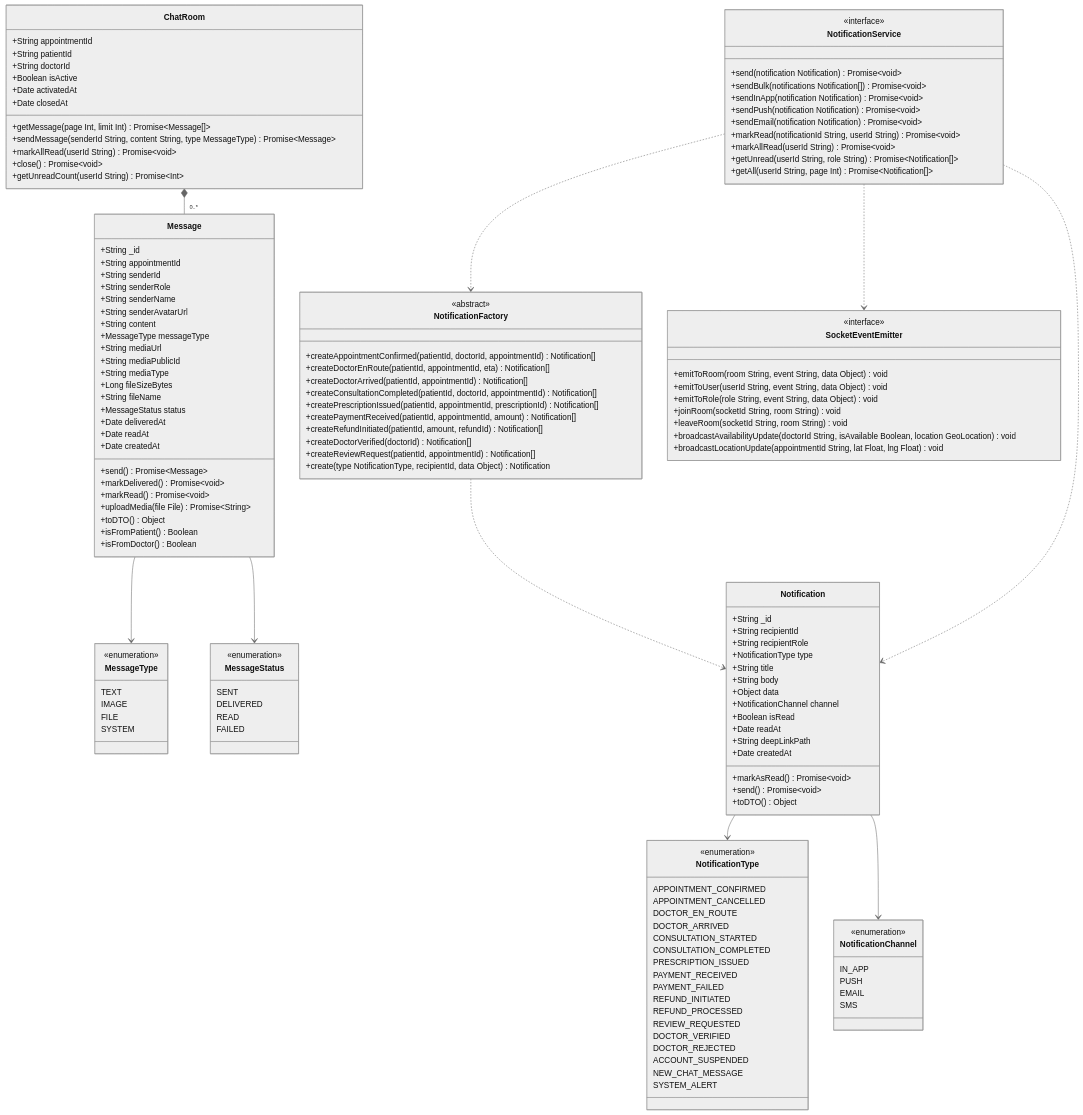
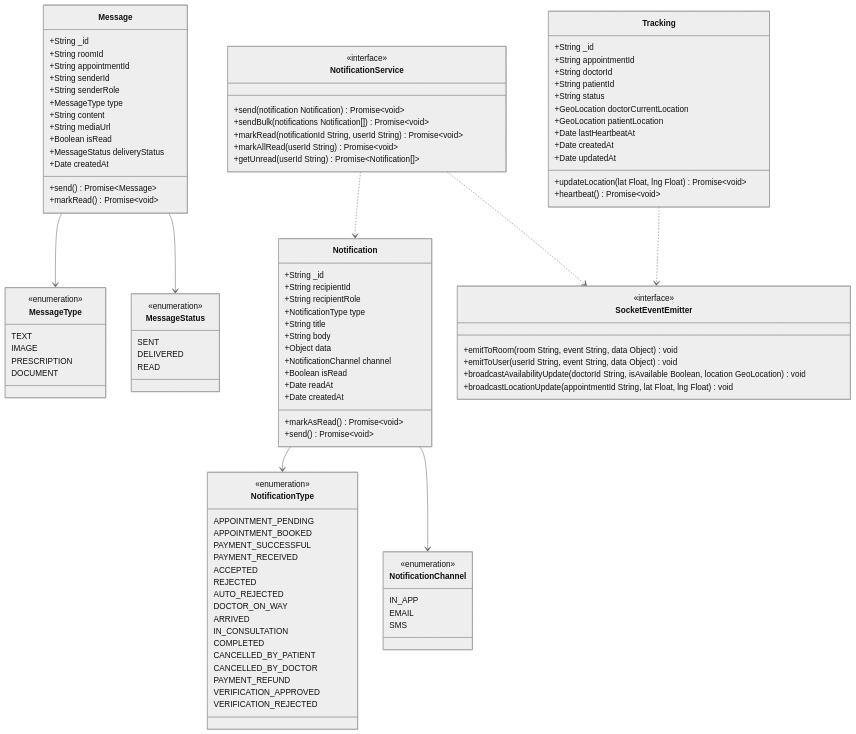
The sixth of 7 diagrams in Documents/Class_Diagrams.md (Vansh-Vaishnani/DocDock), drawn with Mermaid (neutral theme) before and after one commit. The commit also changed other lines of this file and 16 other files, not shown here.

Commit message:
feat: initialize project documentation including system architecture, design specifications, and development roadmap

````diff
--- a/Documents/Class_Diagrams.md
+++ b/Documents/Class_Diagrams.md
@@ -1048,8 +1050,8 @@
         <<enumeration>>
         TEXT
         IMAGE
-        FILE
-        SYSTEM
+        PRESCRIPTION
+        DOCUMENT
     }
 
     class MessageStatus {
@@ -1057,77 +1059,64 @@
         SENT
         DELIVERED
         READ
-        FAILED
     }
 
     class NotificationType {
         <<enumeration>>
-        APPOINTMENT_CONFIRMED
-        APPOINTMENT_CANCELLED
-        DOCTOR_EN_ROUTE
-        DOCTOR_ARRIVED
-        CONSULTATION_STARTED
-        CONSULTATION_COMPLETED
-        PRESCRIPTION_ISSUED
+        APPOINTMENT_PENDING
+        APPOINTMENT_BOOKED
+        PAYMENT_SUCCESSFUL
         PAYMENT_RECEIVED
-        PAYMENT_FAILED
-        REFUND_INITIATED
-        REFUND_PROCESSED
-        REVIEW_REQUESTED
-        DOCTOR_VERIFIED
-        DOCTOR_REJECTED
-        ACCOUNT_SUSPENDED
-        NEW_CHAT_MESSAGE
-        SYSTEM_ALERT
+        ACCEPTED
+        REJECTED
+        AUTO_REJECTED
+        DOCTOR_ON_WAY
+        ARRIVED
+        IN_CONSULTATION
+        COMPLETED
+        CANCELLED_BY_PATIENT
+        CANCELLED_BY_DOCTOR
+        PAYMENT_REFUND
+        VERIFICATION_APPROVED
+        VERIFICATION_REJECTED
     }
 
     class NotificationChannel {
         <<enumeration>>
         IN_APP
-        PUSH
         EMAIL
         SMS
     }
 
     class Message {
         +String _id
+        +String roomId
         +String appointmentId
         +String senderId
         +String senderRole
-        +String senderName
-        +String senderAvatarUrl
+        +MessageType type
         +String content
-        +MessageType messageType
         +String mediaUrl
-        +String mediaPublicId
-        +String mediaType
-        +Long fileSizeBytes
-        +String fileName
-        +MessageStatus status
-        +Date deliveredAt
-        +Date readAt
+        +Boolean isRead
+        +MessageStatus deliveryStatus
         +Date createdAt
         +send() Promise~Message~
-        +markDelivered() Promise~void~
         +markRead() Promise~void~
-        +uploadMedia(file File) Promise~String~
-        +toDTO() Object
-        +isFromPatient() Boolean
-        +isFromDoctor() Boolean
     }
 
-    class ChatRoom {
+    class Tracking {
+        +String _id
         +String appointmentId
+        +String doctorId
         +String patientId
-        +String doctorId
-        +Boolean isActive
-        +Date activatedAt
-        +Date closedAt
-        +getMessage(page Int, limit Int) Promise~Message[]~
-        +sendMessage(senderId String, content String, type MessageType) Promise~Message~
-        +markAllRead(userId String) Promise~void~
-        +close() Promise~void~
-        +getUnreadCount(userId String) Promise~Int~
+        +String status
+        +GeoLocation doctorCurrentLocation
+        +GeoLocation patientLocation
+        +Date lastHeartbeatAt
+        +Date createdAt
+        +Date updatedAt
+        +updateLocation(lat Float, lng Float) Promise~void~
+        +heartbeat() Promise~void~
     }
 
     class Notification {
@@ -1141,58 +1130,33 @@
         +NotificationChannel channel
         +Boolean isRead
         +Date readAt
-        +String deepLinkPath
         +Date createdAt
         +markAsRead() Promise~void~
         +send() Promise~void~
-        +toDTO() Object
-    }
-
-    class NotificationFactory {
-        <<abstract>>
-        +createAppointmentConfirmed(patientId, doctorId, appointmentId) Notification[]
-        +createDoctorEnRoute(patientId, appointmentId, eta) Notification[]
-        +createDoctorArrived(patientId, appointmentId) Notification[]
-        +createConsultationCompleted(patientId, doctorId, appointmentId) Notification[]
-        +createPrescriptionIssued(patientId, appointmentId, prescriptionId) Notification[]
-        +createPaymentReceived(patientId, appointmentId, amount) Notification[]
-        +createRefundInitiated(patientId, amount, refundId) Notification[]
-        +createDoctorVerified(doctorId) Notification[]
-        +createReviewRequest(patientId, appointmentId) Notification[]
-        +create(type NotificationType, recipientId, data Object) Notification
     }
 
     class NotificationService {
         <<interface>>
         +send(notification Notification) Promise~void~
         +sendBulk(notifications Notification[]) Promise~void~
-        +sendInApp(notification Notification) Promise~void~
-        +sendPush(notification Notification) Promise~void~
-        +sendEmail(notification Notification) Promise~void~
         +markRead(notificationId String, userId String) Promise~void~
         +markAllRead(userId String) Promise~void~
-        +getUnread(userId String, role String) Promise~Notification[]~
-        +getAll(userId String, page Int) Promise~Notification[]~
+        +getUnread(userId String) Promise~Notification[]~
     }
 
     class SocketEventEmitter {
         <<interface>>
         +emitToRoom(room String, event String, data Object) void
         +emitToUser(userId String, event String, data Object) void
-        +emitToRole(role String, event String, data Object) void
-        +joinRoom(socketId String, room String) void
-        +leaveRoom(socketId String, room String) void
         +broadcastAvailabilityUpdate(doctorId String, isAvailable Boolean, location GeoLocation) void
         +broadcastLocationUpdate(appointmentId String, lat Float, lng Float) void
     }
 
     Message --> MessageType
     Message --> MessageStatus
-    ChatRoom *-- "0..*" Message
     Notification --> NotificationType
     Notification --> NotificationChannel
-    NotificationFactory ..> Notification
     NotificationService ..> Notification
-    NotificationService ..> NotificationFactory
     NotificationService ..> SocketEventEmitter
+    Tracking ..> SocketEventEmitter
 ```
````
